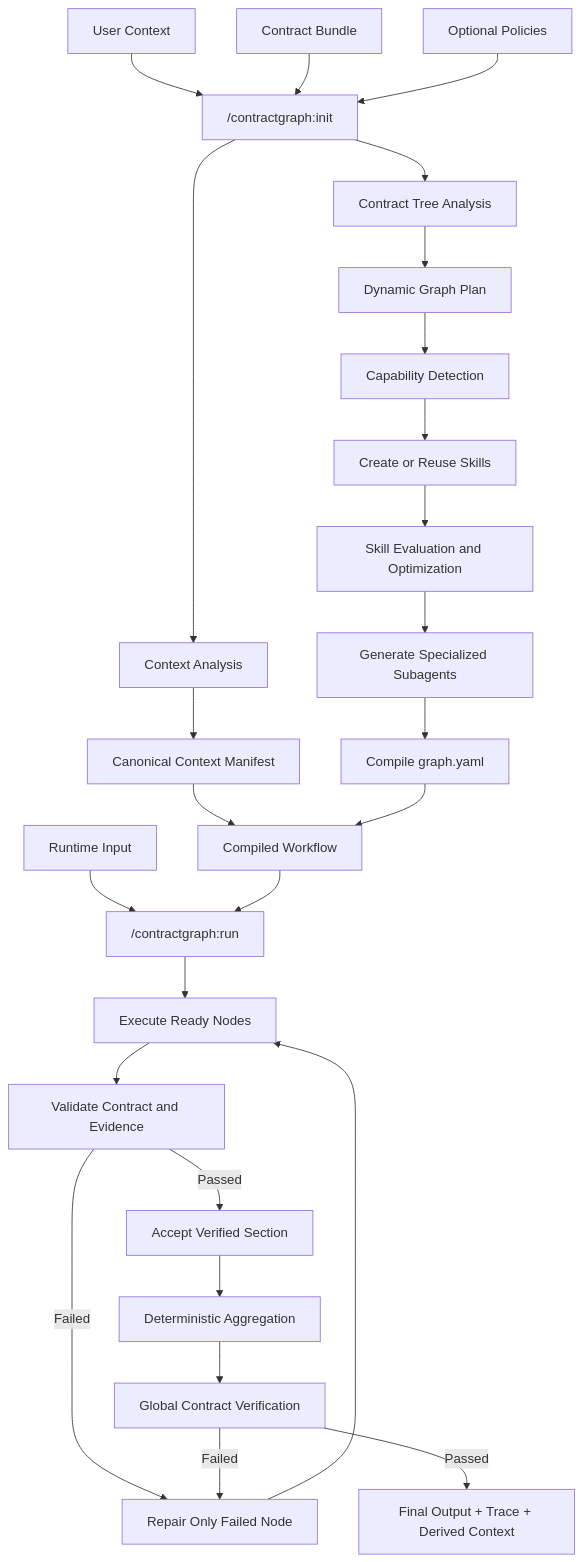
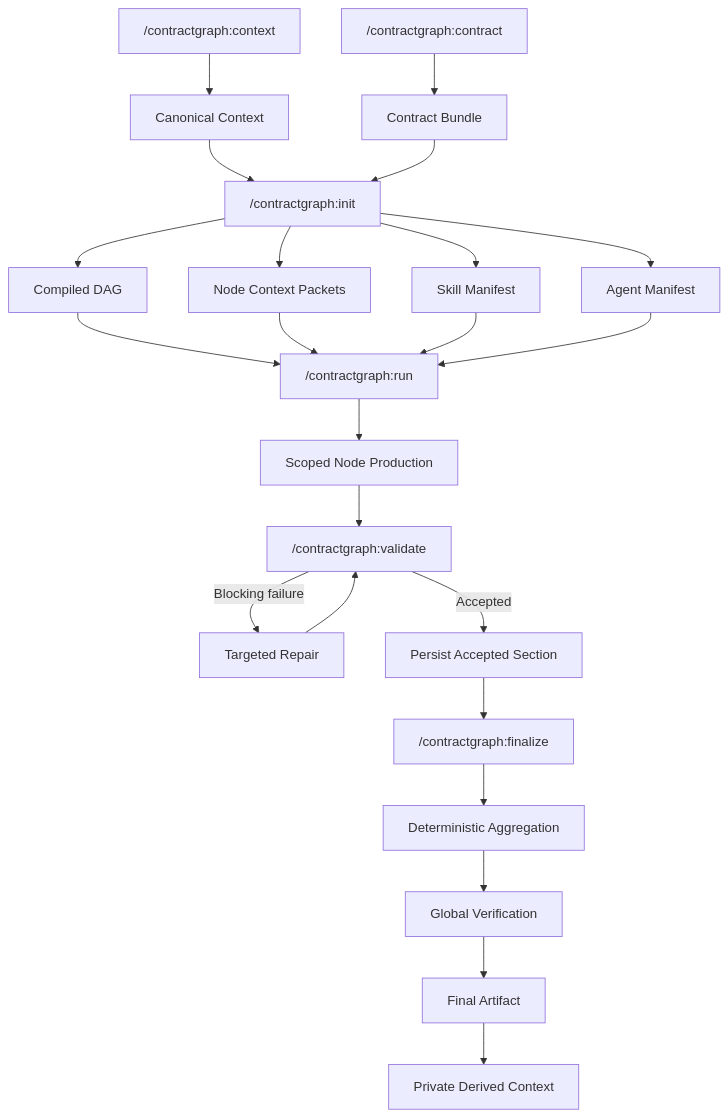
The diagram in CLAUDE.md (Phoenixarjun/ContractGraph), drawn with Mermaid before and after one commit. The commit also changed other lines of this file and 36 other files, not shown here.

````diff
--- a/CLAUDE.md
+++ b/CLAUDE.md
@@ -60,37 +64,32 @@
 ```mermaid
 flowchart TB
-    CONTEXT["User Context"] --> INIT["/contractgraph:init"]
-    CONTRACTS["Contract Bundle"] --> INIT
-    POLICIES["Optional Policies"] --> INIT
+    CONTEXT_CMD["/contractgraph:context"] --> CANONICAL["Canonical Context"]
+    CONTRACT_CMD["/contractgraph:contract"] --> CONTRACTS["Contract Bundle"]
 
-    INIT --> CONTEXT_ANALYSIS["Context Analysis"]
-    INIT --> CONTRACT_ANALYSIS["Contract Tree Analysis"]
+    CANONICAL --> INIT["/contractgraph:init"]
+    CONTRACTS --> INIT
 
-    CONTEXT_ANALYSIS --> CANONICAL["Canonical Context Manifest"]
-    CONTRACT_ANALYSIS --> PLAN["Dynamic Graph Plan"]
+    INIT --> GRAPH["Compiled DAG"]
+    INIT --> PACKETS["Node Context Packets"]
+    INIT --> SKILLS["Skill Manifest"]
+    INIT --> AGENTS["Agent Manifest"]
 
-    PLAN --> CAPABILITIES["Capability Detection"]
-    CAPABILITIES --> SKILLS["Create or Reuse Skills"]
-    SKILLS --> SKILL_EVAL["Skill Evaluation and Optimization"]
-    SKILL_EVAL --> AGENTS["Generate Specialized Subagents"]
-    AGENTS --> GRAPH["Compile graph.yaml"]
+    GRAPH --> RUN["/contractgraph:run"]
+    PACKETS --> RUN
+    SKILLS --> RUN
+    AGENTS --> RUN
 
-    CANONICAL --> READY["Compiled Workflow"]
-    GRAPH --> READY
+    RUN --> PRODUCER["Scoped Node Production"]
+    PRODUCER --> VALIDATE["/contractgraph:validate"]
 
-    INPUT["Runtime Input"] --> RUN["/contractgraph:run"]
-    READY --> RUN
+    VALIDATE -->|Blocking failure| REPAIR["Targeted Repair"]
+    REPAIR --> VALIDATE
 
-    RUN --> NODES["Execute Ready Nodes"]
-    NODES --> NODE_VERIFY["Validate Contract and Evidence"]
+    VALIDATE -->|Accepted| PERSIST["Persist Accepted Section"]
+    PERSIST --> FINALIZE["/contractgraph:finalize"]
 
-    NODE_VERIFY -->|Failed| REPAIR["Repair Only Failed Node"]
-    REPAIR --> NODES
-
-    NODE_VERIFY -->|Passed| ACCEPT["Accept Verified Section"]
-    ACCEPT --> AGGREGATE["Deterministic Aggregation"]
-    AGGREGATE --> GLOBAL_VERIFY["Global Contract Verification"]
-
-    GLOBAL_VERIFY -->|Failed| REPAIR
-    GLOBAL_VERIFY -->|Passed| OUTPUT["Final Output + Trace + Derived Context"]
+    FINALIZE --> AGGREGATE["Deterministic Aggregation"]
+    AGGREGATE --> GLOBAL["Global Verification"]
+    GLOBAL --> OUTPUT["Final Artifact"]
+    OUTPUT --> DERIVED["Private Derived Context"]
 ```
````
